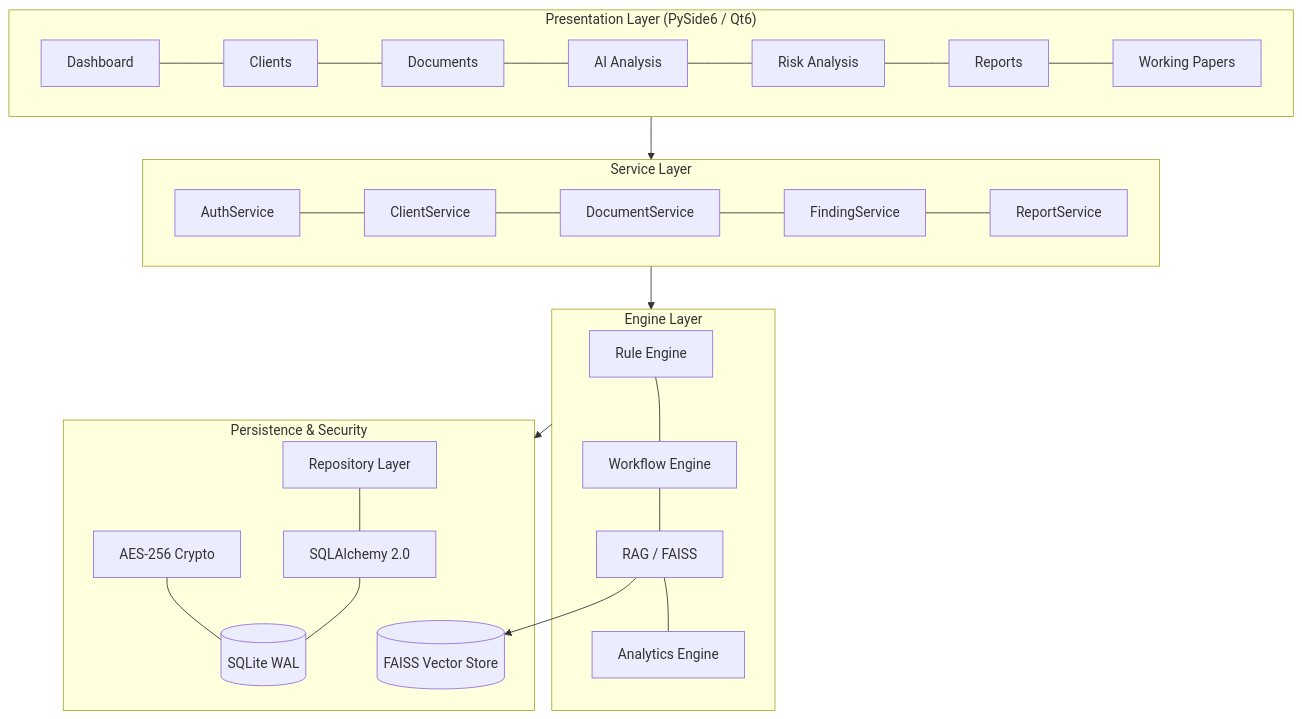
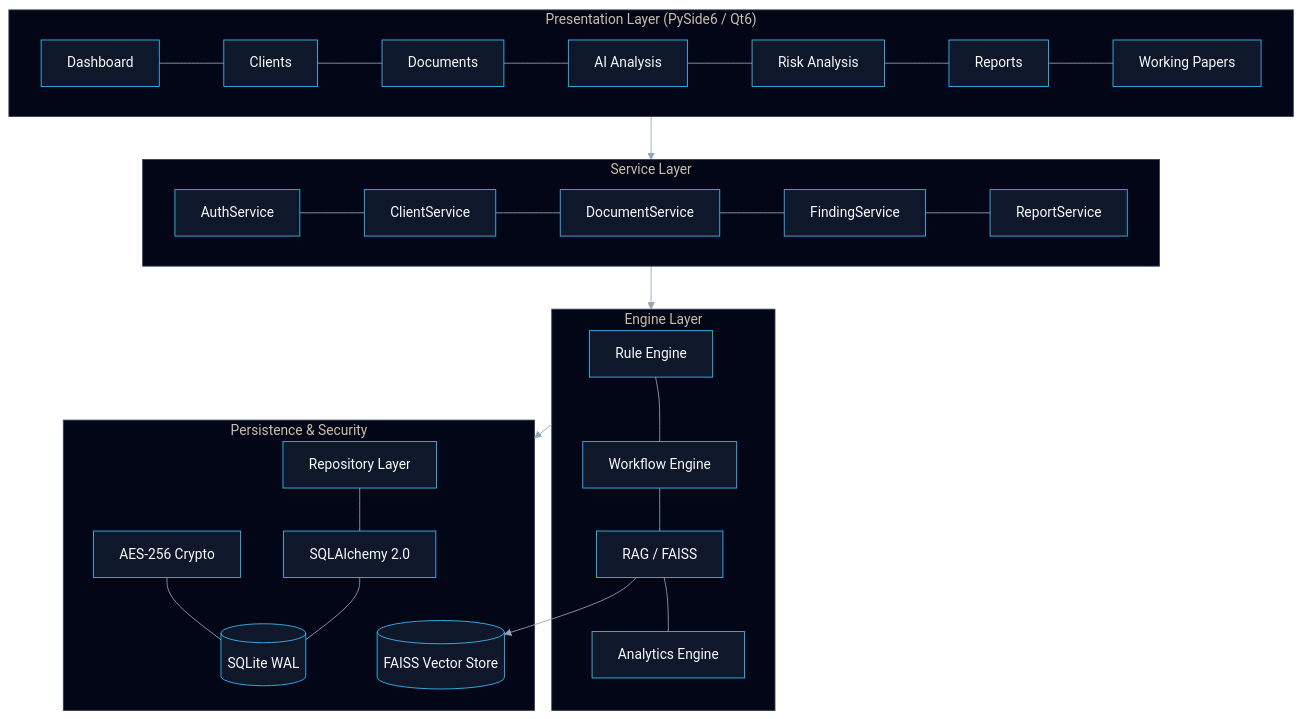
One commit to Coderaryanyadav/FinAuditPro changed the diagram in README.md. Above: the diagram before and after it, drawn with Mermaid. The commit also changed other lines of this file and 1 other file, not shown here.

````diff
--- a/README.md
+++ b/README.md
@@ -42,36 +95,49 @@
 ```mermaid
+%%{init: {
+  'theme': 'base',
+  'themeVariables': {
+    'primaryColor': '#0f172a',
+    'primaryTextColor': '#f8fafc',
+    'primaryBorderColor': '#38bdf8',
+    'lineColor': '#94a3b8',
+    'secondaryColor': '#1e293b',
+    'tertiaryColor': '#334155',
+    'clusterBkg': '#020617',
+    'clusterBorder': '#334155'
+  }
+}}%%
 graph TD
     subgraph UI["Presentation Layer (PySide6 / Qt6)"]
         DASH[Dashboard] --- CLIENTS[Clients]
         CLIENTS --- DOCS[Documents]
         DOCS --- AI[AI Analysis]
         AI --- RISK[Risk Analysis]
         RISK --- REPORTS[Reports]
         REPORTS --- WP[Working Papers]
     end
 
     subgraph SVC["Service Layer"]
         AUTH_S[AuthService] --- CLIENT_S[ClientService]
         CLIENT_S --- DOC_S[DocumentService]
         DOC_S --- FINDING_S[FindingService]
         FINDING_S --- REPORT_S[ReportService]
     end
 
     subgraph ENGINE["Engine Layer"]
         RULE_E[Rule Engine] --- WORKFLOW_E[Workflow Engine]
         WORKFLOW_E --- AI_E[RAG / FAISS]
         AI_E --- ANALYTICS_E[Analytics Engine]
     end
 
     subgraph DATA["Persistence & Security"]
         REPO[Repository Layer] --- ORM[SQLAlchemy 2.0]
         ORM --- DB[(SQLite WAL)]
         SEC[AES-256 Crypto] --- DB
         VEC[(FAISS Vector Store)]
     end
 
     UI --> SVC
     SVC --> ENGINE
     ENGINE --> DATA
     AI_E --> VEC
 ```
````
